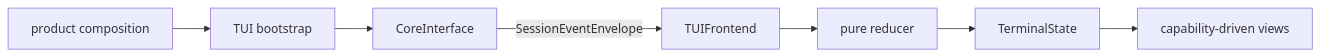
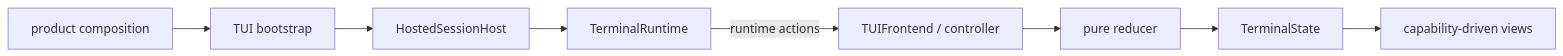
One commit to czh869452912/ccode-win7 changed the diagram in docs/platform/frontend-tui.md. Above: the diagram before and after it, drawn with Mermaid. The commit also changed other lines of this file and 13 other files, not shown here.

````diff
--- a/docs/platform/frontend-tui.md
+++ b/docs/platform/frontend-tui.md
@@ -27,9 +28,10 @@
 ```mermaid
 flowchart LR
     P["product composition"] --> B["TUI bootstrap"]
-    B --> C["CoreInterface"]
-    C -->|SessionEventEnvelope| F["TUIFrontend"]
+    B --> H["HostedSessionHost"]
+    H --> T["TerminalRuntime"]
+    T -->|runtime actions| F["TUIFrontend / controller"]
     F --> R["pure reducer"]
     R --> S["TerminalState"]
     S --> V["capability-driven views"]
 ```
````
